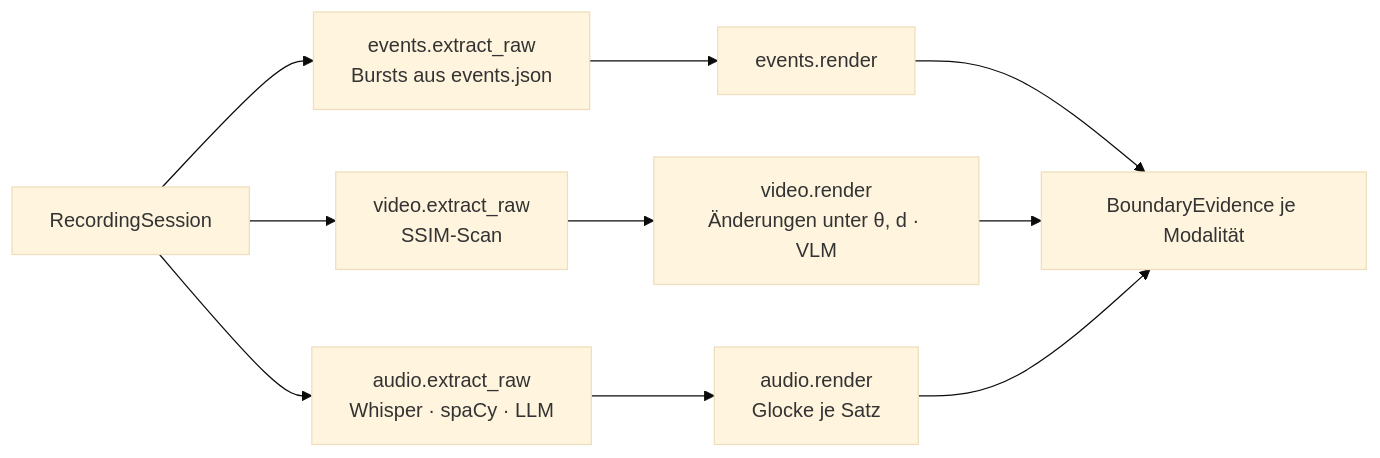
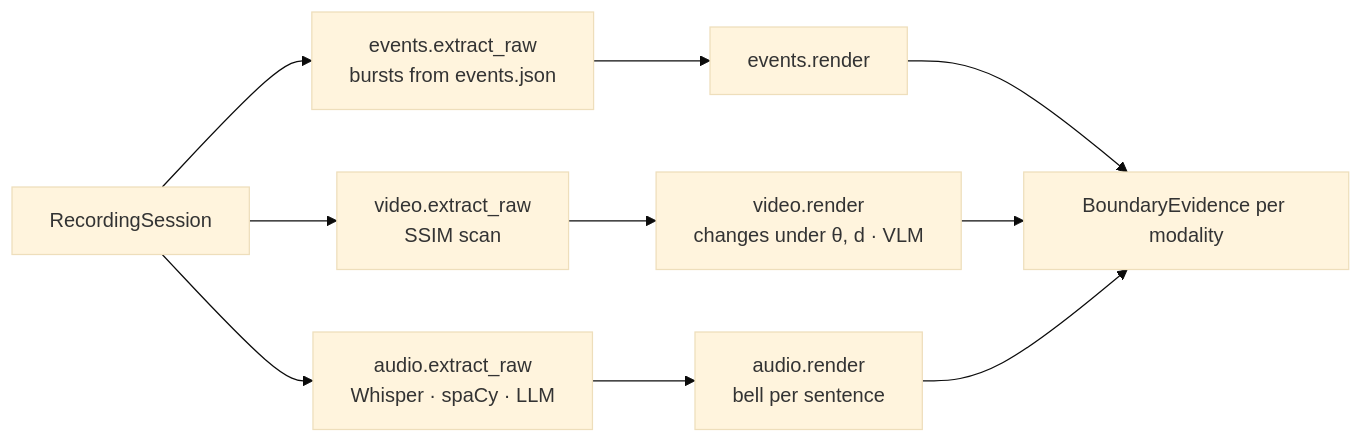
One commit to mueller-marcel/docu-pilot changed the diagram in docs/architecture/segmentation.md. Above: the diagram before and after it, drawn with Mermaid (base theme). The commit also changed other lines of this file and 65 other files, not shown here.

````diff
--- a/docs/architecture/segmentation.md
+++ b/docs/architecture/segmentation.md
@@ -51,10 +51,10 @@
 ```{mermaid}
 flowchart LR
-    S[RecordingSession] --> X1[events.extract_raw<br/>Bursts aus events.json]
-    S --> X2[video.extract_raw<br/>SSIM-Scan]
+    S[RecordingSession] --> X1[events.extract_raw<br/>bursts from events.json]
+    S --> X2[video.extract_raw<br/>SSIM scan]
     S --> X3[audio.extract_raw<br/>Whisper · spaCy · LLM]
     X1 --> R1[events.render]
-    X2 --> R2[video.render<br/>Änderungen unter θ, d · VLM]
-    X3 --> R3[audio.render<br/>Glocke je Satz]
-    R1 & R2 & R3 --> B[BoundaryEvidence je Modalität]
+    X2 --> R2[video.render<br/>changes under θ, d · VLM]
+    X3 --> R3[audio.render<br/>bell per sentence]
+    R1 & R2 & R3 --> B[BoundaryEvidence per modality]
 ```
````
